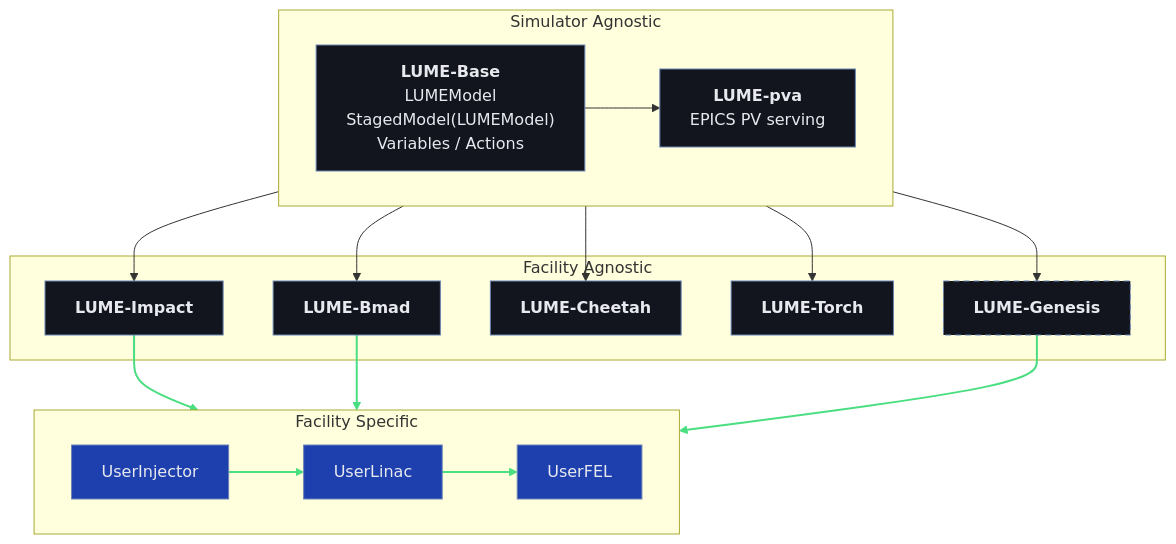
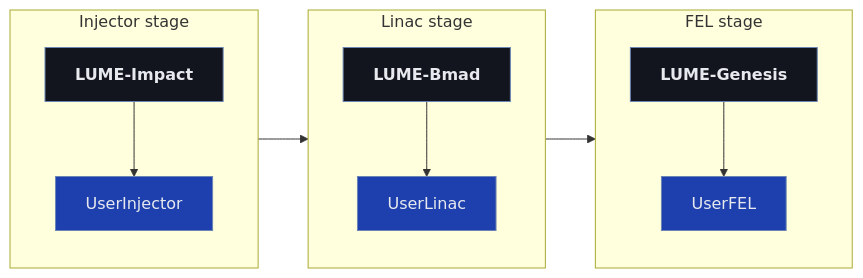
The third of 3 diagrams in content/architecture.md (lume-science/lume-docs), drawn with Mermaid before and after one commit. The commit also changed other lines of this file, not shown here.

Commit message:
add architecture page

````diff
--- a/content/architecture.md
+++ b/content/architecture.md
@@ -13,41 +52,21 @@
 ```mermaid
-flowchart TB
-  subgraph tier1["Simulator Agnostic"]
-    direction LR
-    base["<b>LUME-Base</b><br/>LUMEModel<br/>StagedModel(LUMEModel)<br/>Variables / Actions"]
-    pva["<b>LUME-pva</b><br/>EPICS PV serving"]
-    base --> pva
+flowchart LR
+  subgraph s1["Injector stage"]
+    direction TB
+    impact["<b>LUME-Impact</b>"] --> userinjector["UserInjector"]
   end
-
-  subgraph tier2["Facility Agnostic"]
-    impact["<b>LUME-Impact</b>"]
-    bmad["<b>LUME-Bmad</b>"]
-    cheetah["<b>LUME-Cheetah</b>"]
-    torch["<b>LUME-Torch</b>"]
-    genesis["<b>LUME-Genesis</b>"]
+  subgraph s2["Linac stage"]
+    direction TB
+    bmad["<b>LUME-Bmad</b>"] --> userlinac["UserLinac"]
   end
-
-  subgraph tier3["Facility Specific"]
-    direction LR
-    userinjector["UserInjector"] --> userlinac["UserLinac"] --> userfel["UserFEL"]
+  subgraph s3["FEL stage"]
+    direction TB
+    genesis["<b>LUME-Genesis</b>"] --> userfel["UserFEL"]
   end
-
-  base --> impact
-  base --> bmad
-  base --> cheetah
-  base --> torch
-  base --> genesis
-
-  impact --> userinjector
-  bmad --> userlinac
-  genesis --> userfel
+  s1 --> s2 --> s3
 
   classDef pkg fill:#12151d,stroke:#6b84b3,color:#e7e9ee;
-  classDef dev fill:#12151d,stroke:#6b84b3,stroke-dasharray:6 4,color:#e7e9ee;
   classDef stage fill:#1e40af,stroke:#6b84b3,color:#e7e9ee;
-  class base,pva,impact,bmad,cheetah,torch pkg;
-  class genesis dev;
+  class impact,bmad,genesis pkg;
   class userinjector,userlinac,userfel stage;
-
-  linkStyle 1,2,8,9,10 stroke:#4ade80,stroke-width:2px;
 ```
````
